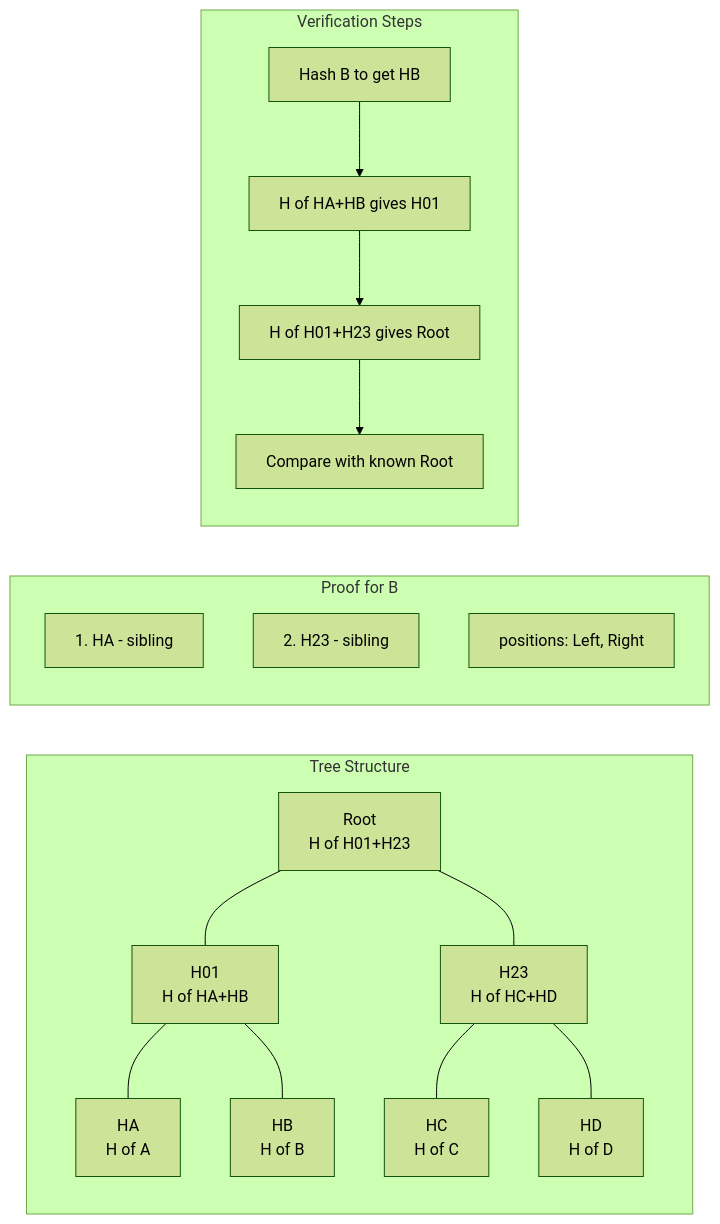
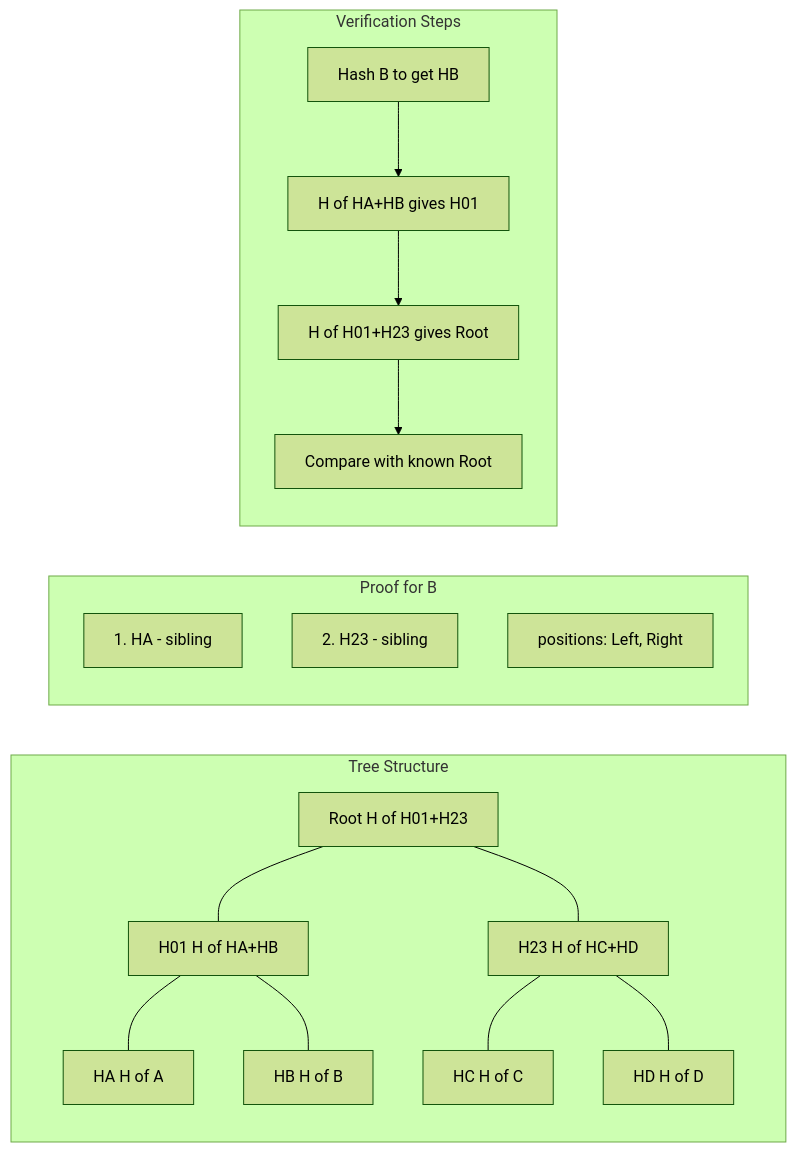
The fourth of 6 diagrams in README.md (deruelle/merkle-trees), drawn with Mermaid (forest theme) before and after one commit. The commit also changed other lines of this file and 15 other files, not shown here.

````diff
--- a/README.md
+++ b/README.md
@@ -139,36 +139,36 @@
 ```mermaid
 flowchart LR
     subgraph Tree Structure
-        Root[Root\nH of H01+H23]
-        H01[H01\nH of HA+HB]
-        H23[H23\nH of HC+HD]
-        HA[HA\nH of A]
-        HB[HB\nH of B]
-        HC[HC\nH of C]
-        HD[HD\nH of D]
+        Root[Root H of H01+H23]
+        H01[H01 H of HA+HB]
+        H23[H23 H of HC+HD]
+        HA[HA H of A]
+        HB[HB H of B]
+        HC[HC H of C]
+        HD[HD H of D]
 
         Root --- H01
         Root --- H23
         H01 --- HA
         H01 --- HB
         H23 --- HC
         H23 --- HD
     end
 
     subgraph Proof for B
         P1[1. HA - sibling]
         P2[2. H23 - sibling]
         P3[positions: Left, Right]
     end
 
     subgraph Verification Steps
         V1[Hash B to get HB]
         V2[H of HA+HB gives H01]
         V3[H of H01+H23 gives Root]
         V4[Compare with known Root]
 
         V1 --> V2
         V2 --> V3
         V3 --> V4
     end
 ```
````
